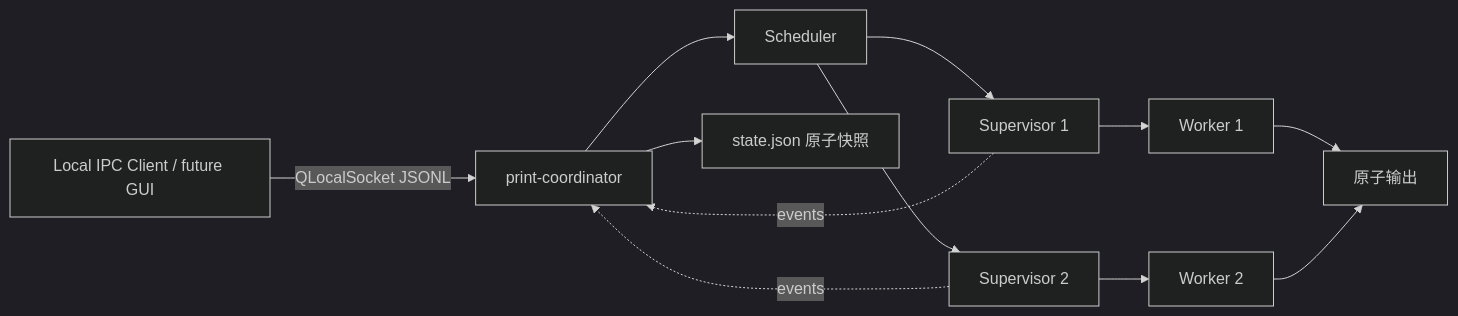
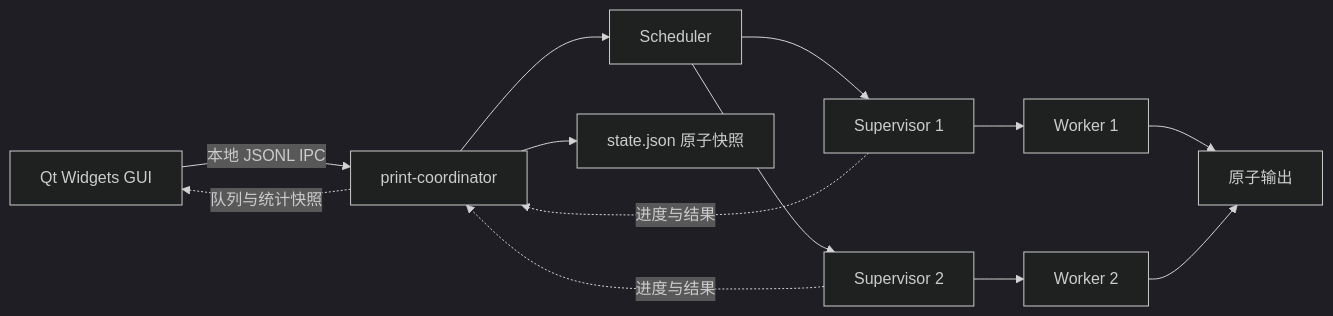
Before and after one commit to We1chan/campus-print-scheduler: the diagram in docs/architecture.md, drawn with Mermaid (dark theme). The commit also changed other lines of this file and 29 other files, not shown here.

Commit message:
feat: connect GUI to persistent coordinator and verify recovery

````diff
--- a/docs/architecture.md
+++ b/docs/architecture.md
@@ -26,14 +5,15 @@
 ```mermaid
 flowchart LR
-  C[Local IPC Client / future GUI] -->|QLocalSocket JSONL| D[print-coordinator]
+  G[Qt Widgets GUI] -->|本地 JSONL IPC| D[print-coordinator]
   D --> Q[Scheduler]
   D --> P[state.json 原子快照]
   Q --> S1[Supervisor 1]
   Q --> S2[Supervisor 2]
   S1 --> W1[Worker 1]
   S2 --> W2[Worker 2]
   W1 --> F[原子输出]
   W2 --> F
-  S1 -. events .-> D
-  S2 -. events .-> D
+  S1 -. 进度与结果 .-> D
+  S2 -. 进度与结果 .-> D
+  D -. 队列与统计快照 .-> G
 ```
````
